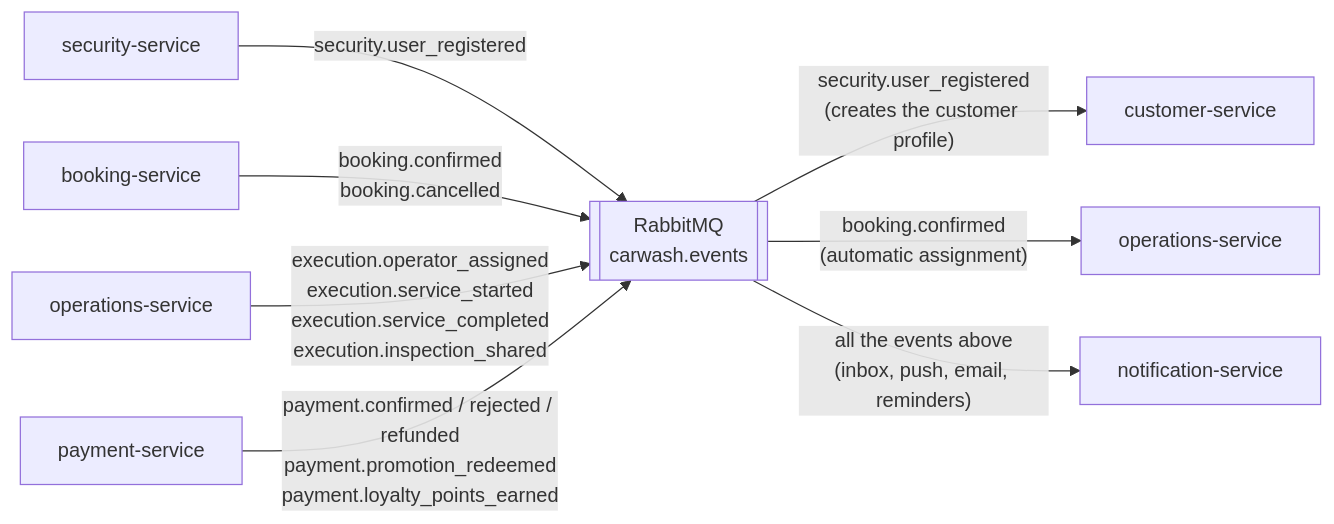
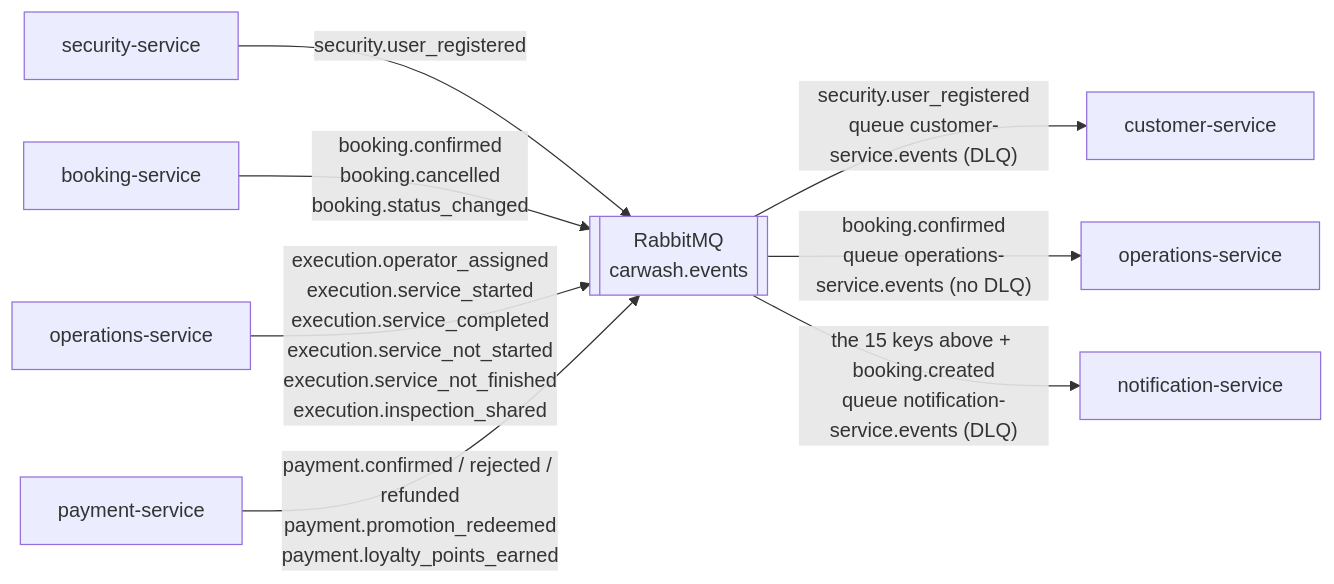
One commit to code-sena/vehicle-w-docs changed the third of 3 diagrams in 08-uml/diagrams/source/c2-containers.md. Above: the diagram before and after it, drawn with Mermaid. The commit also changed other lines of this file and 9 other files, not shown here.

First line of the commit message:
docs(events): document the real event catalog with BookingStatusChanged, ServiceNotStarted, ServiceNotFinished and bookingId in payment

````diff
--- a/08-uml/diagrams/source/c2-containers.md
+++ b/08-uml/diagrams/source/c2-containers.md
@@ -85,19 +87,19 @@
 ```mermaid
 flowchart LR
     security[security-service]
     booking[booking-service]
     operations[operations-service]
     payment[payment-service]
     rabbit[[RabbitMQ<br/>carwash.events]]
     customer2[customer-service]
     operations2[operations-service]
     notification[notification-service]
 
     security -- "security.user_registered" --> rabbit
-    booking -- "booking.confirmed<br/>booking.cancelled" --> rabbit
-    operations -- "execution.operator_assigned<br/>execution.service_started<br/>execution.service_completed<br/>execution.inspection_shared" --> rabbit
+    booking -- "booking.confirmed<br/>booking.cancelled<br/>booking.status_changed" --> rabbit
+    operations -- "execution.operator_assigned<br/>execution.service_started<br/>execution.service_completed<br/>execution.service_not_started<br/>execution.service_not_finished<br/>execution.inspection_shared" --> rabbit
     payment -- "payment.confirmed / rejected / refunded<br/>payment.promotion_redeemed<br/>payment.loyalty_points_earned" --> rabbit
-    rabbit -- "security.user_registered<br/>(creates the customer profile)" --> customer2
-    rabbit -- "booking.confirmed<br/>(automatic assignment)" --> operations2
-    rabbit -- "all the events above<br/>(inbox, push, email, reminders)" --> notification
+    rabbit -- "security.user_registered<br/>queue customer-service.events (DLQ)" --> customer2
+    rabbit -- "booking.confirmed<br/>queue operations-service.events (no DLQ)" --> operations2
+    rabbit -- "the 15 keys above + booking.created<br/>queue notification-service.events (DLQ)" --> notification
 ```
````
